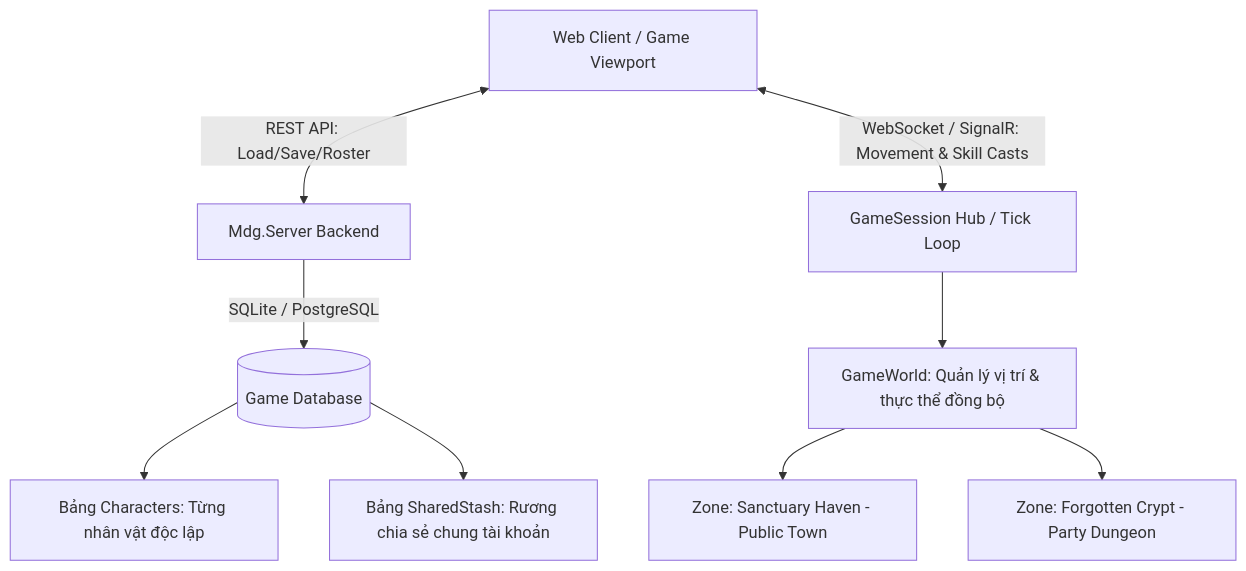
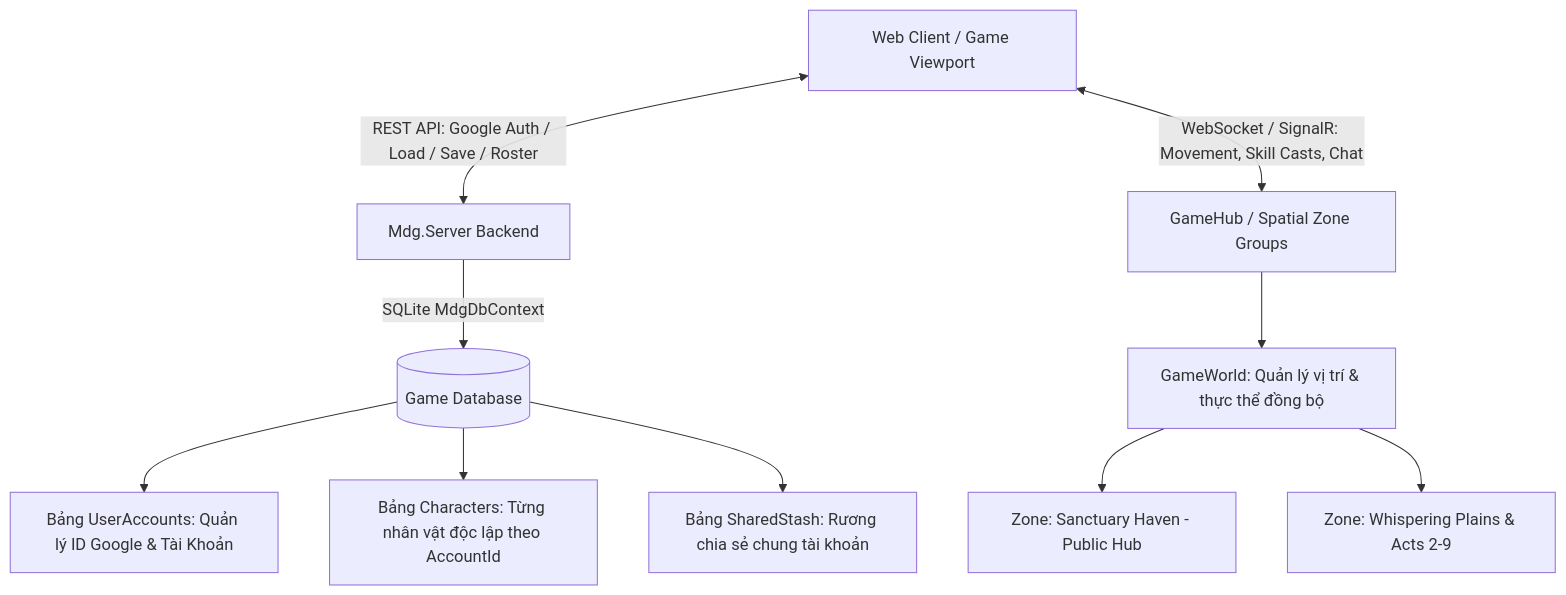
The diagram in docs/design/multiplayer_and_character_roster_architecture.md (kzxl/my-dream-game), drawn with Mermaid before and after one commit. The commit also changed other lines of this file and 13 other files, not shown here.

````diff
--- a/docs/design/multiplayer_and_character_roster_architecture.md
+++ b/docs/design/multiplayer_and_character_roster_architecture.md
@@ -9,13 +9,14 @@
 ```mermaid
 graph TD
-    Client[Web Client / Game Viewport] <-->|REST API: Load/Save/Roster| Backend[Mdg.Server Backend]
-    Client <-->|WebSocket / SignalR: Movement & Skill Casts| RealtimeSync[GameSession Hub / Tick Loop]
+    Client[Web Client / Game Viewport] <-->|REST API: Google Auth / Load / Save / Roster| Backend[Mdg.Server Backend]
+    Client <-->|WebSocket / SignalR: Movement, Skill Casts, Chat| RealtimeSync[GameHub / Spatial Zone Groups]
     
-    Backend -->|SQLite / PostgreSQL| DB[(Game Database)]
-    DB --> CharactersTable[Bảng Characters: Từng nhân vật độc lập]
+    Backend -->|SQLite MdgDbContext| DB[(Game Database)]
+    DB --> UserAccountsTable[Bảng UserAccounts: Quản lý ID Google & Tài Khoản]
+    DB --> CharactersTable[Bảng Characters: Từng nhân vật độc lập theo AccountId]
     DB --> SharedStashTable[Bảng SharedStash: Rương chia sẻ chung tài khoản]
     
     RealtimeSync --> WorldState[GameWorld: Quản lý vị trí & thực thể đồng bộ]
-    WorldState --> ZoneInstance1[Zone: Sanctuary Haven - Public Town]
-    WorldState --> ZoneInstance2[Zone: Forgotten Crypt - Party Dungeon]
+    WorldState --> ZoneInstance1[Zone: Sanctuary Haven - Public Hub]
+    WorldState --> ZoneInstance2[Zone: Whispering Plains & Acts 2-9]
 ```
````
